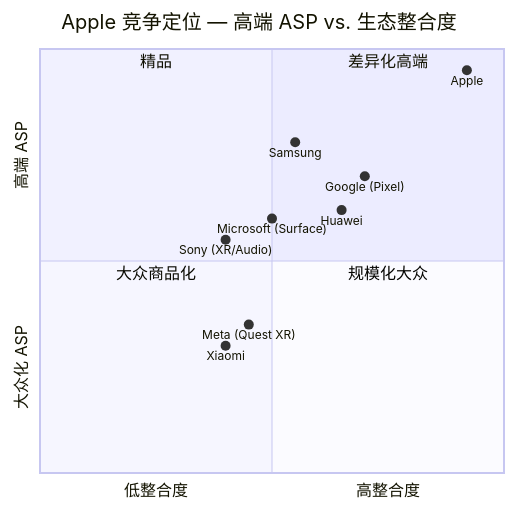
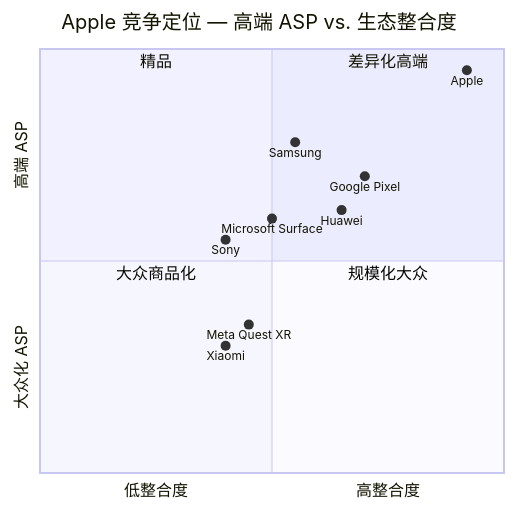
The fourth of 4 diagrams in reports/company/Apple_NASDAQ_AAPL/Apple_NASDAQ_AAPL_公司研究.md (dadachundan/financial_agent), drawn with Mermaid before and after one commit. The commit also changed other lines of this file and 9 other files, not shown here.

First line of the commit message:
feat(company-research): refresh Apple (AAPL) to current spec — Overweight $325, decision layer + full SVG chart suite

````diff
--- a/reports/company/Apple_NASDAQ_AAPL/Apple_NASDAQ_AAPL_公司研究.md
+++ b/reports/company/Apple_NASDAQ_AAPL/Apple_NASDAQ_AAPL_公司研究.md
@@ -273,18 +763,18 @@
 ```mermaid
 quadrantChart
     title Apple 竞争定位 — 高端 ASP vs. 生态整合度
     x-axis "低整合度" --> "高整合度"
     y-axis "大众化 ASP" --> "高端 ASP"
     quadrant-1 "差异化高端"
     quadrant-2 "精品"
     quadrant-3 "大众商品化"
     quadrant-4 "规模化大众"
     "Apple": [0.92, 0.95]
     "Samsung": [0.55, 0.78]
-    "Google (Pixel)": [0.7, 0.7]
+    "Google Pixel": [0.7, 0.7]
     "Xiaomi": [0.4, 0.3]
     "Huawei": [0.65, 0.62]
-    "Microsoft (Surface)": [0.5, 0.6]
-    "Meta (Quest XR)": [0.45, 0.35]
-    "Sony (XR/Audio)": [0.4, 0.55]
+    "Microsoft Surface": [0.5, 0.6]
+    "Meta Quest XR": [0.45, 0.35]
+    "Sony": [0.4, 0.55]
 ```
````
